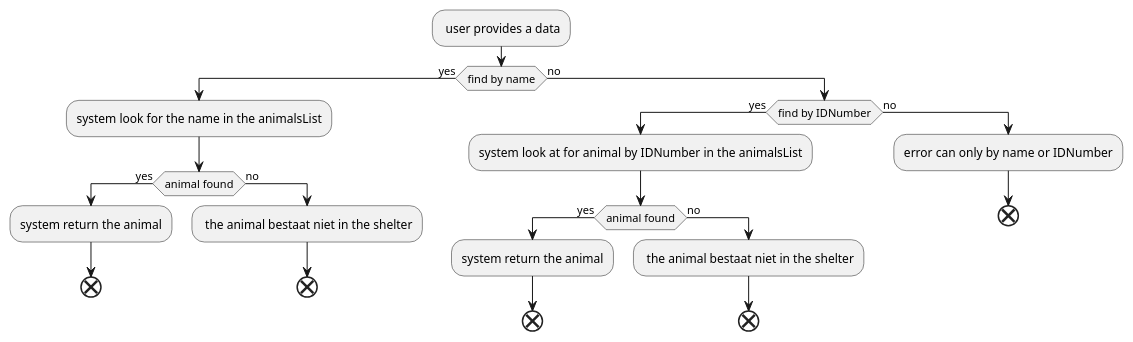
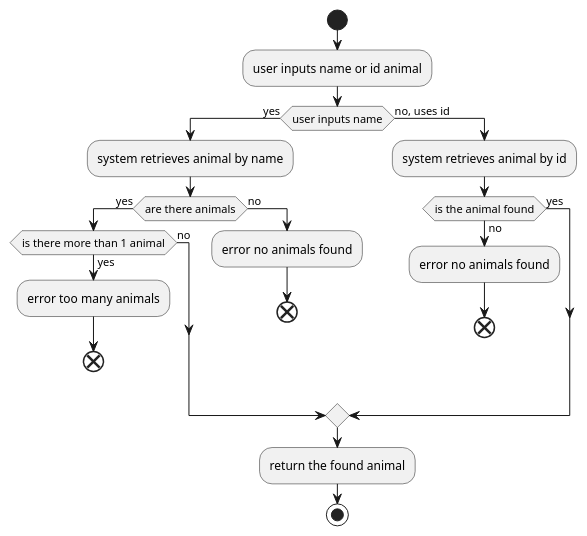
One commit to Hanagami3/Vaccination-Maxime changed the diagram in analysis/findAnimal/flowchart_findAnimal.puml. Above: the diagram before and after it, drawn with PlantUML. The commit also changed 24 other files, not shown here.

```diff
--- a/analysis/findAnimal/flowchart_findAnimal.puml
+++ b/analysis/findAnimal/flowchart_findAnimal.puml
@@ -1,28 +1,27 @@
 @startuml
 
-: user provides a data;
-
-if (find by name) then (yes)
-    :system look for the name in the animalsList;
-
-    if(animal found) then (yes)
-        :system return the animal;
+start
+:user inputs name or id animal;
+if(user inputs name) then (yes)
+   :system retrieves animal by name;
+   if (are there animals) then (yes)
+        if (is there more than 1 animal) then (yes);
+            :error too many animals;
+            end;
+        else (no)
+        endif
+   else(no)
+        :error no animals found;
         end;
+   endif
+else(no, uses id)
+    :system retrieves animal by id;
+    if (is the animal found) then (yes)
     else (no)
-        : the animal bestaat niet in the shelter;
+        :error no animals found;
         end;
-    endif
-else (no)
-   if(find by IDNumber) then (yes)
-    :system look at for animal by IDNumber in the animalsList;
-    if(animal found) then (yes)
-        :system return the animal;
-        end;
-    else (no)
-        : the animal bestaat niet in the shelter;
-        end;
-    endif
-    else(no)
-     :error can only by name or IDNumber;
-        end;
+    endif;
+endif
+:return the found animal;
+stop;
 @enduml
```
